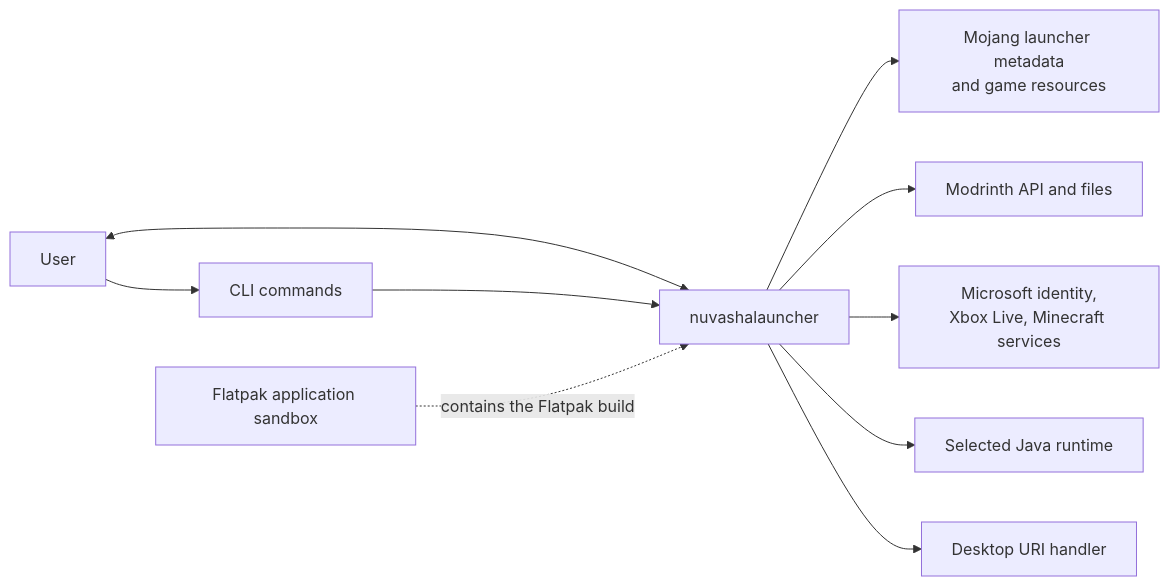
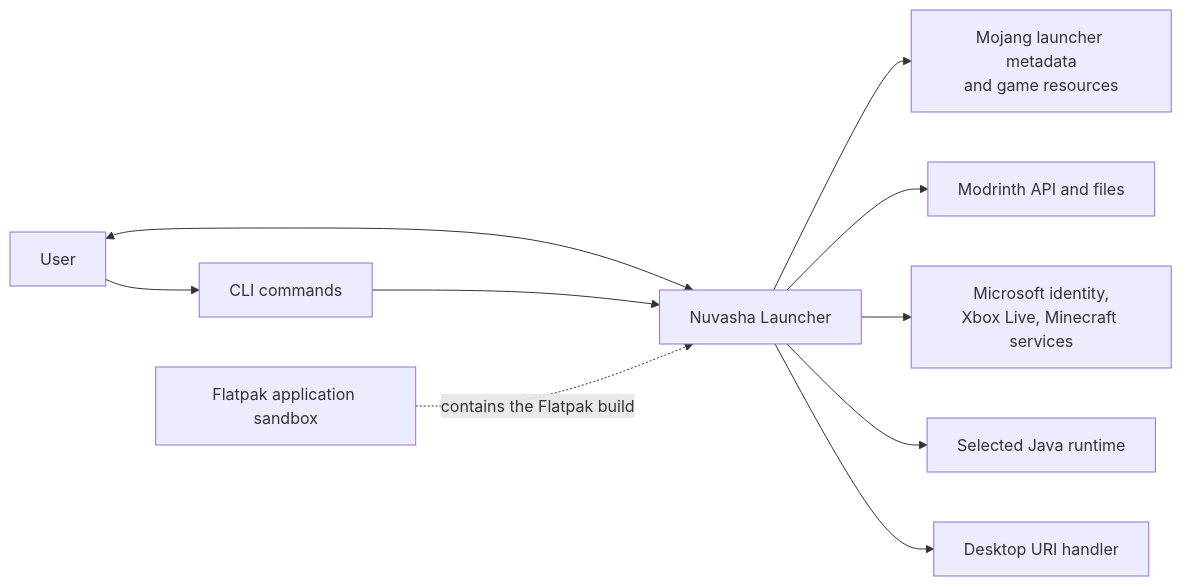
One commit to NuvashaLauncher/NuvashaLauncher changed the first of 3 diagrams in docs/architecture.md. Above: the diagram before and after it, drawn with Mermaid. The commit also changed other lines of this file and 36 other files, not shown here.

Commit message:
Use spaced Nuvasha Launcher branding

````diff
--- a/docs/architecture.md
+++ b/docs/architecture.md
@@ -36,23 +36,23 @@
 ```mermaid
 flowchart LR
     User[User]
-    nuvashalauncher[nuvashalauncher]
+    launcher[Nuvasha Launcher]
     CLI[CLI commands]
     Mojang[Mojang launcher metadata
 and game resources]
     Modrinth[Modrinth API and files]
     Microsoft[Microsoft identity,
 Xbox Live, Minecraft services]
     Desktop[Desktop URI handler]
     Java[Selected Java runtime]
     Flatpak[Flatpak application sandbox]
 
-    User <--> nuvashalauncher
-    User --> CLI --> nuvashalauncher
-    nuvashalauncher --> Mojang
-    nuvashalauncher --> Modrinth
-    nuvashalauncher --> Microsoft
-    nuvashalauncher --> Java
-    Flatpak -. contains the Flatpak build .-> nuvashalauncher
-    nuvashalauncher --> Desktop
+    User <--> launcher
+    User --> CLI --> launcher
+    launcher --> Mojang
+    launcher --> Modrinth
+    launcher --> Microsoft
+    launcher --> Java
+    Flatpak -. contains the Flatpak build .-> launcher
+    launcher --> Desktop
 ```
````
